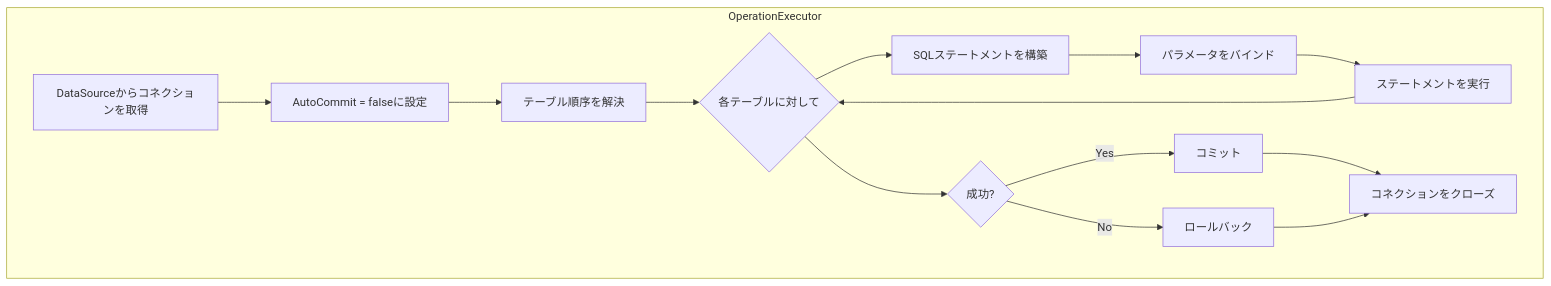
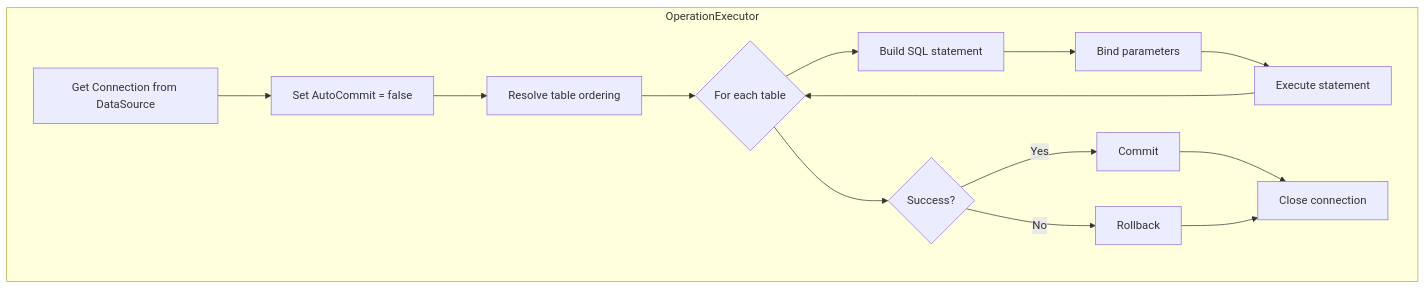
The diagram in docs/specs/ja/database-operations.md (seijikohara/db-tester), drawn with Mermaid before and after one commit. The commit also changed other lines of this file and 141 other files, not shown here.

````diff
--- a/docs/specs/ja/database-operations.md
+++ b/docs/specs/ja/database-operations.md
@@ -237,17 +212,17 @@
 ```mermaid
 flowchart TD
     subgraph OperationExecutor
-        A[DataSourceからコネクションを取得] --> B[AutoCommit = falseに設定]
-        B --> C[テーブル順序を解決]
-        C --> D{各テーブルに対して}
-        D --> E[SQLステートメントを構築]
-        E --> F[パラメータをバインド]
-        F --> G[ステートメントを実行]
+        A[Get Connection from DataSource] --> B[Set AutoCommit = false]
+        B --> C[Resolve table ordering]
+        C --> D{For each table}
+        D --> E[Build SQL statement]
+        E --> F[Bind parameters]
+        F --> G[Execute statement]
         G --> D
-        D --> H{成功?}
-        H -->|Yes| I[コミット]
-        H -->|No| J[ロールバック]
-        I --> K[コネクションをクローズ]
+        D --> H{Success?}
+        H -->|Yes| I[Commit]
+        H -->|No| J[Rollback]
+        I --> K[Close connection]
         J --> K
     end
 ```
````
